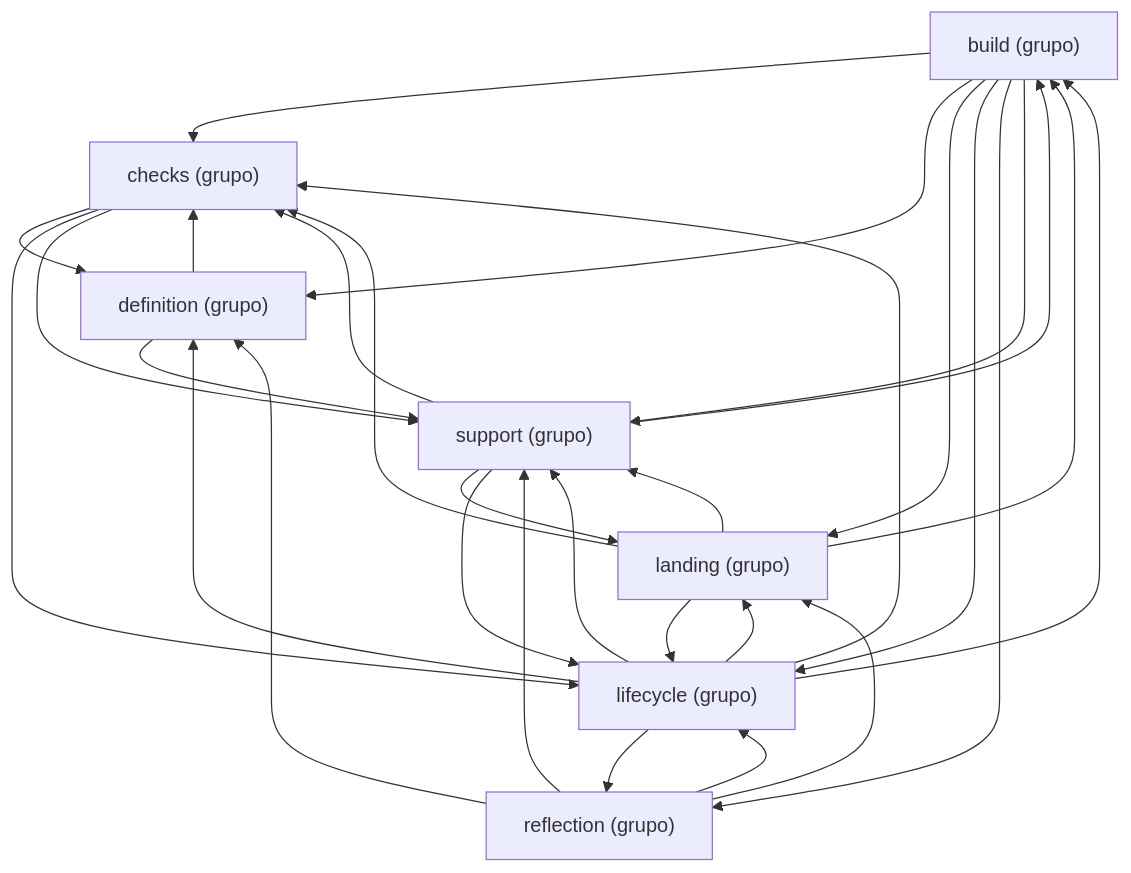
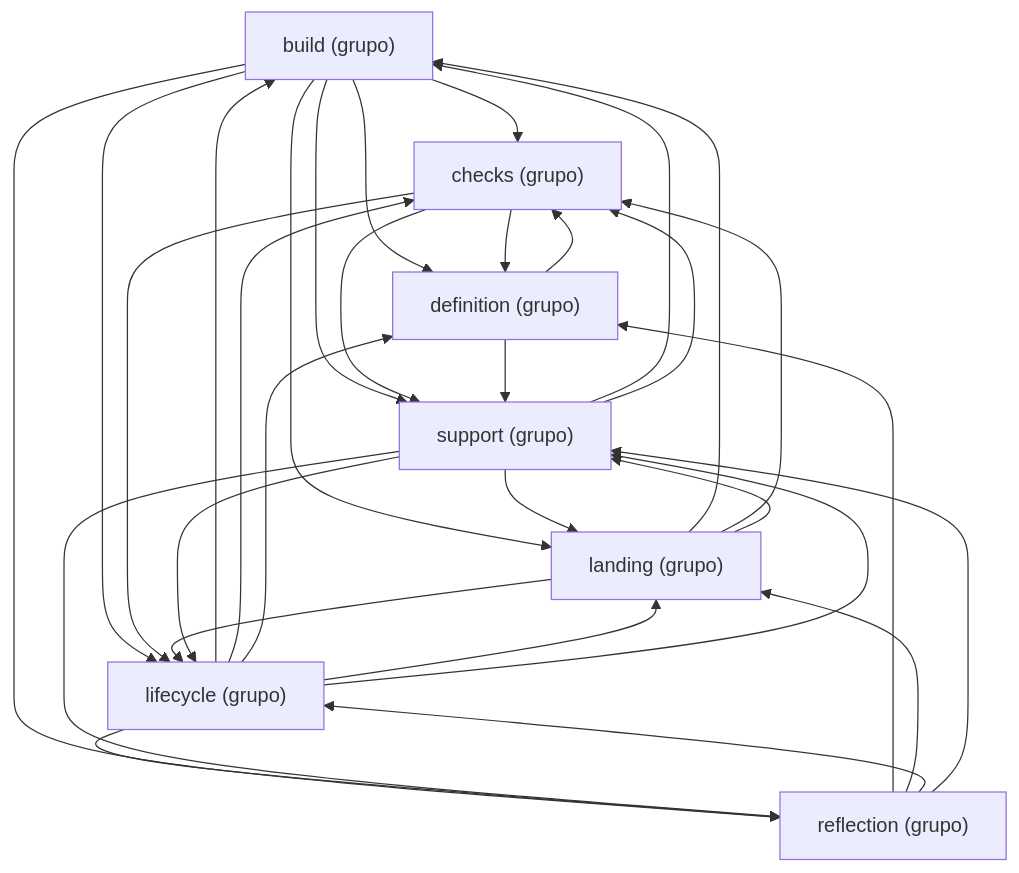
The diagram in docs/architecture/generated/packages-process-application.md (GonzaloZevallos/agentic-system), drawn with Mermaid before and after one commit. The commit also changed other lines of this file and 17 other files, not shown here.

````diff
--- a/docs/architecture/generated/packages-process-application.md
+++ b/docs/architecture/generated/packages-process-application.md
@@ -29,39 +28,40 @@
 ```mermaid
 graph TD
     g_application__build["build (grupo)"]
     g_application__checks["checks (grupo)"]
     g_application__definition["definition (grupo)"]
     g_application__landing["landing (grupo)"]
     g_application__lifecycle["lifecycle (grupo)"]
     g_application__reflection["reflection (grupo)"]
     g_application__support["support (grupo)"]
     g_application__build --> g_application__checks
     g_application__build --> g_application__definition
     g_application__build --> g_application__landing
     g_application__build --> g_application__lifecycle
     g_application__build --> g_application__reflection
     g_application__build --> g_application__support
     g_application__checks --> g_application__definition
     g_application__checks --> g_application__lifecycle
     g_application__checks --> g_application__support
     g_application__definition --> g_application__checks
     g_application__definition --> g_application__support
     g_application__landing --> g_application__build
     g_application__landing --> g_application__checks
     g_application__landing --> g_application__lifecycle
     g_application__landing --> g_application__support
     g_application__lifecycle --> g_application__build
     g_application__lifecycle --> g_application__checks
     g_application__lifecycle --> g_application__definition
     g_application__lifecycle --> g_application__landing
     g_application__lifecycle --> g_application__reflection
     g_application__lifecycle --> g_application__support
     g_application__reflection --> g_application__definition
     g_application__reflection --> g_application__landing
     g_application__reflection --> g_application__lifecycle
     g_application__reflection --> g_application__support
     g_application__support --> g_application__build
     g_application__support --> g_application__checks
     g_application__support --> g_application__landing
     g_application__support --> g_application__lifecycle
+    g_application__support --> g_application__reflection
 ```
````
